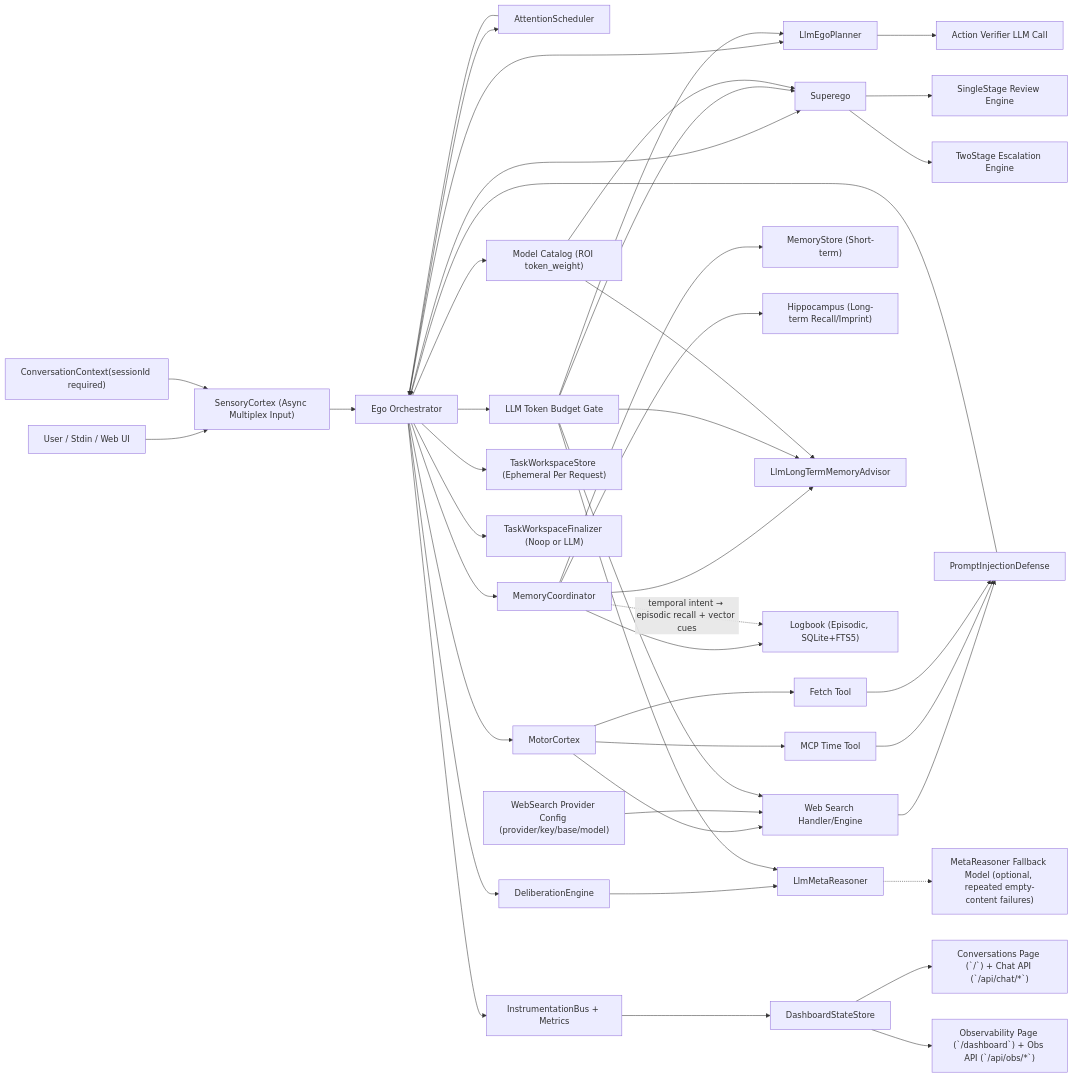
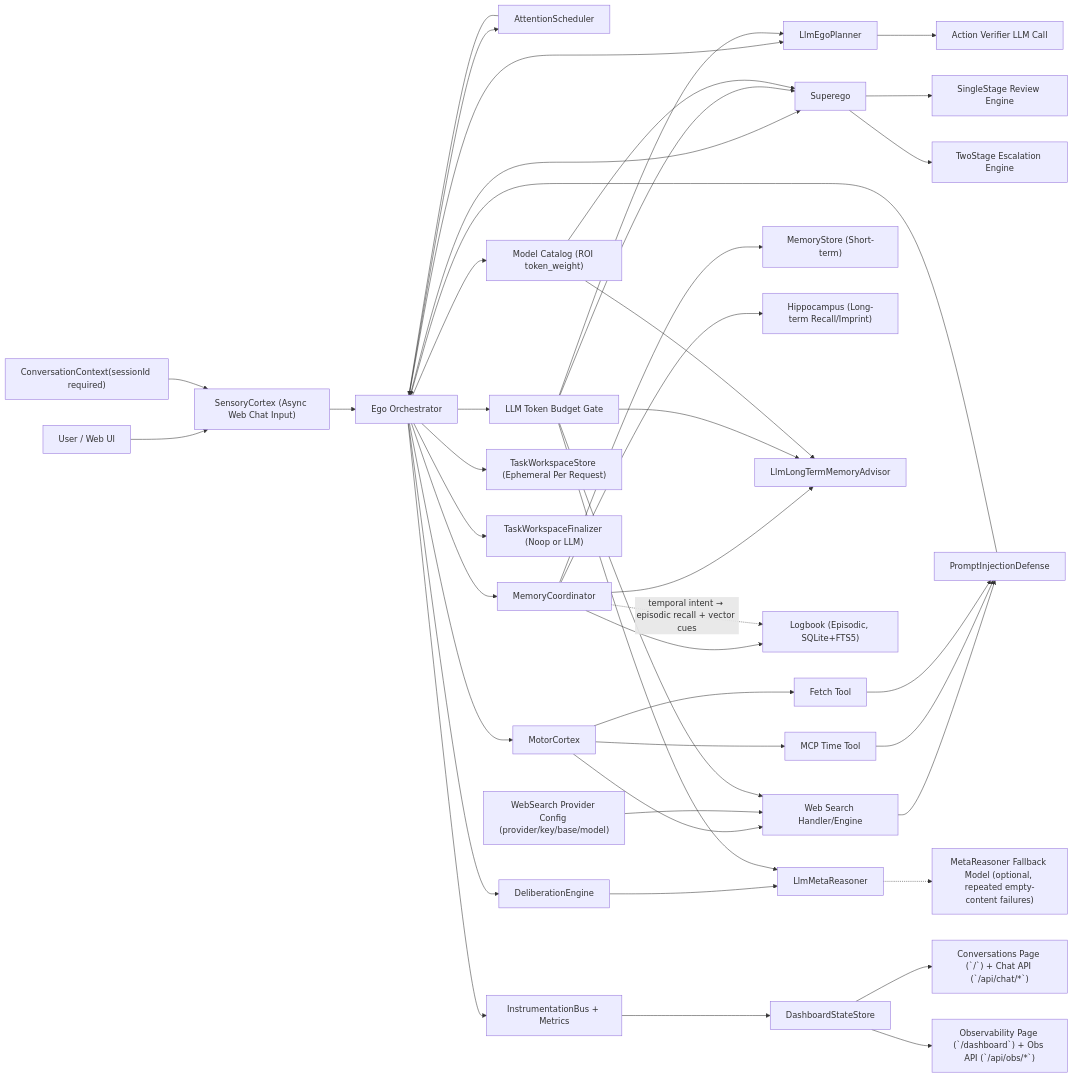
One commit to neopsyke/NeoPsyke changed the first of 6 diagrams in AGENT_LOGIC_DIAGRAM.md. Above: the diagram before and after it, drawn with Mermaid. The commit also changed other lines of this file and 9 other files, not shown here.

````diff
--- a/AGENT_LOGIC_DIAGRAM.md
+++ b/AGENT_LOGIC_DIAGRAM.md
@@ -8,53 +8,53 @@
 ```mermaid
 flowchart LR
-    U["User / Stdin / Web UI"] --> SC["SensoryCortex (Async Multiplex Input)"]
+    U["User / Web UI"] --> SC["SensoryCortex (Async Web Chat Input)"]
     SC --> E["Ego Orchestrator"]
     NoteCtx["ConversationContext(sessionId required)"] --> SC
 
     E --> AS["AttentionScheduler"]
     AS --> E
 
     E --> P["LlmEgoPlanner"]
     P --> AV["Action Verifier LLM Call"]
     E --> S["Superego"]
     S --> S1["SingleStage Review Engine"]
     S --> S2["TwoStage Escalation Engine"]
     E --> M["MotorCortex"]
     E --> BG["LLM Token Budget Gate"]
     E --> MCat["Model Catalog (ROI token_weight)"]
 
     E --> DE["DeliberationEngine"]
     DE --> MR["LlmMetaReasoner"]
     MR -.-> MRF["MetaReasoner Fallback Model (optional, repeated empty-content failures)"]
 
     E --> MC["MemoryCoordinator"]
     MC --> MS["MemoryStore (Short-term)"]
     MC --> H["Hippocampus (Long-term Recall/Imprint)"]
     MC --> LTM["LlmLongTermMemoryAdvisor"]
     MC --> LB["Logbook (Episodic, SQLite+FTS5)"]
     MC -.->|"temporal intent → episodic recall + vector cues"| LB
     E --> TWS["TaskWorkspaceStore (Ephemeral Per Request)"]
     E --> TWF["TaskWorkspaceFinalizer (Noop or LLM)"]
 
     M --> WS["Web Search Handler/Engine"]
     CfgWS["WebSearch Provider Config (provider/key/base/model)"] --> WS
     M --> MT["MCP Time Tool"]
     M --> MF["Fetch Tool"]
     WS --> PID["PromptInjectionDefense"]
     MT --> PID
     MF --> PID
     PID --> E
 
     BG --> P
     BG --> S
     BG --> MR
     BG --> LTM
     BG --> WS
     MCat --> S
     MCat --> LTM
 
     E --> I["InstrumentationBus + Metrics"]
     I --> DS["DashboardStateStore"]
     DS --> CP["Conversations Page (`/`) + Chat API (`/api/chat/*`)"]
     DS --> OP["Observability Page (`/dashboard`) + Obs API (`/api/obs/*`)"]
 ```
````
